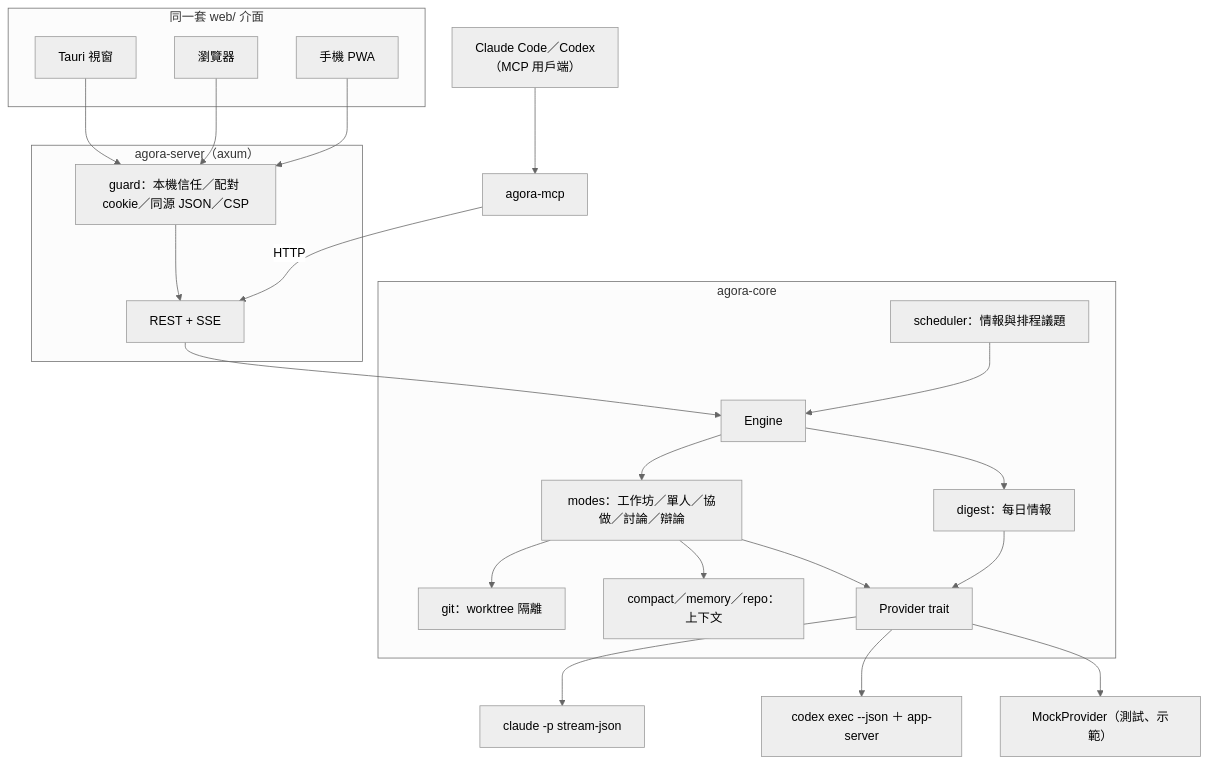
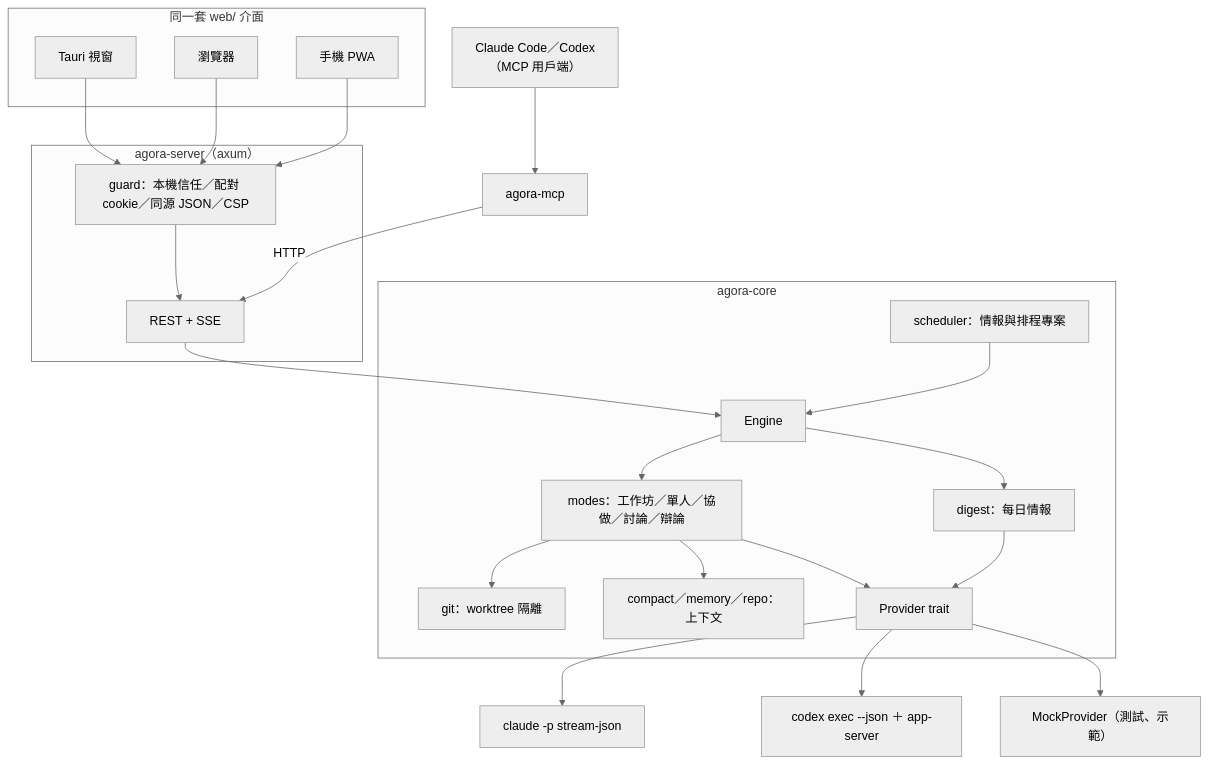
The diagram in ARCHITECTURE.md (cdexswzaq0110/Agora), drawn with Mermaid (neutral theme) before and after one commit. The commit also changed other lines of this file and 127 other files, not shown here.

````diff
--- a/ARCHITECTURE.md
+++ b/ARCHITECTURE.md
@@ -10,32 +10,32 @@
 ```mermaid
 flowchart TB
     subgraph Clients["同一套 web/ 介面"]
         D["Tauri 視窗"]
         B["瀏覽器"]
         P["手機 PWA"]
     end
     MCPC["Claude Code／Codex<br/>（MCP 用戶端）"] --> MCP["agora-mcp"]
     subgraph Server["agora-server（axum）"]
         G["guard：本機信任／配對 cookie／同源 JSON／CSP"]
         API["REST + SSE"]
     end
     subgraph Core["agora-core"]
         EN["Engine"]
         M["modes：工作坊／單人／協做／討論／辯論"]
         GT["git：worktree 隔離"]
         CP["compact／memory／repo：上下文"]
         DG["digest：每日情報"]
-        SC["scheduler：情報與排程議題"]
+        SC["scheduler：情報與排程專案"]
         PR["Provider trait"]
     end
     D & B & P --> G --> API --> EN
     MCP -->|HTTP| API
     EN --> M --> PR
     M --> GT
     M --> CP
     SC --> EN
     EN --> DG --> PR
     PR --> CC["claude -p stream-json"]
     PR --> CX["codex exec --json ＋ app-server"]
     PR --> MK["MockProvider（測試、示範）"]
 ```
````
